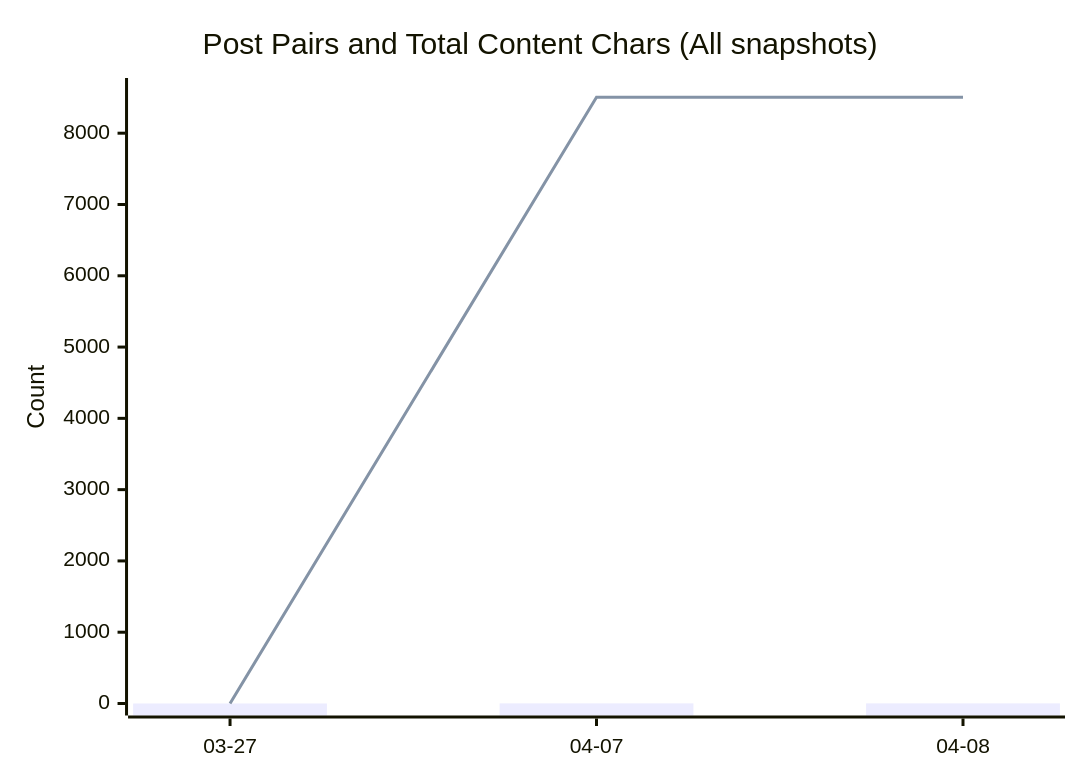
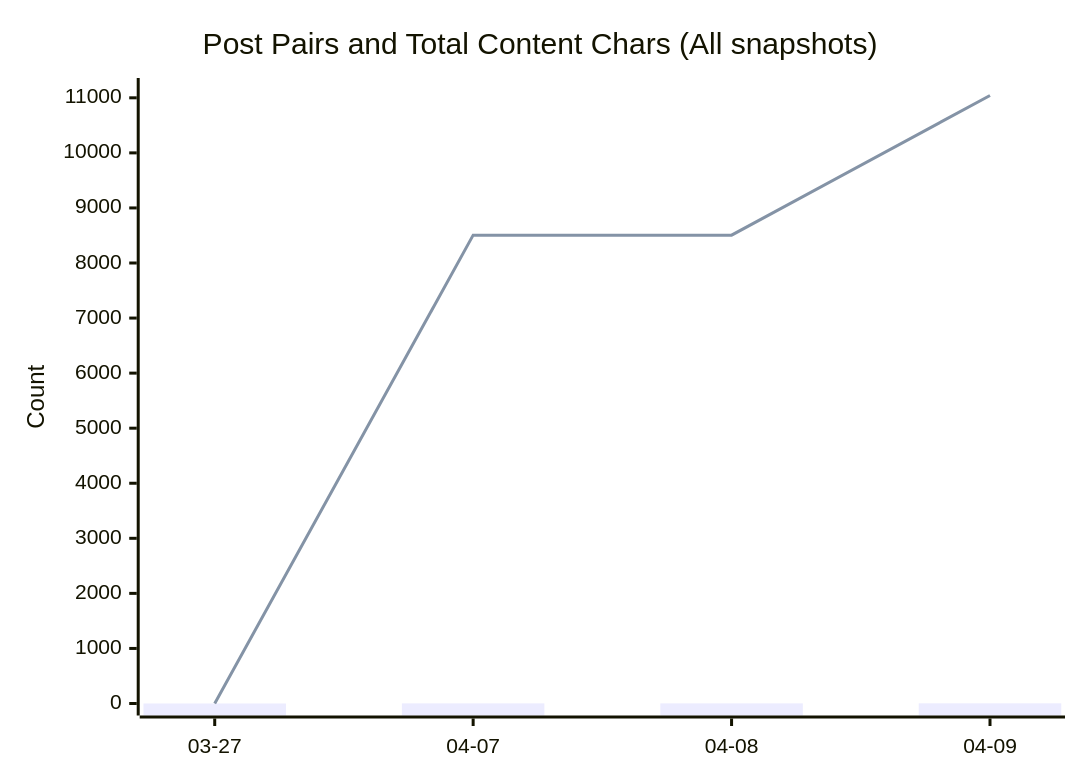
Before and after one commit to ttw225/blog: the diagram in README.md, drawn with Mermaid. The commit also changed other lines of this file and 5 other files, not shown here.

````diff
--- a/README.md
+++ b/README.md
@@ -25,8 +25,8 @@
 ```mermaid
 xychart-beta
   title "Post Pairs and Total Content Chars (All snapshots)"
-  x-axis ["03-27", "04-07", "04-08"]
-  y-axis "Count" 0 --> 8606
-  bar [0, 2, 2]
-  line [0, 8506, 8506]
+  x-axis ["03-27", "04-07", "04-08", "04-09"]
+  y-axis "Count" 0 --> 11142
+  bar [0, 2, 2, 3]
+  line [0, 8506, 8506, 11042]
 ```
````
